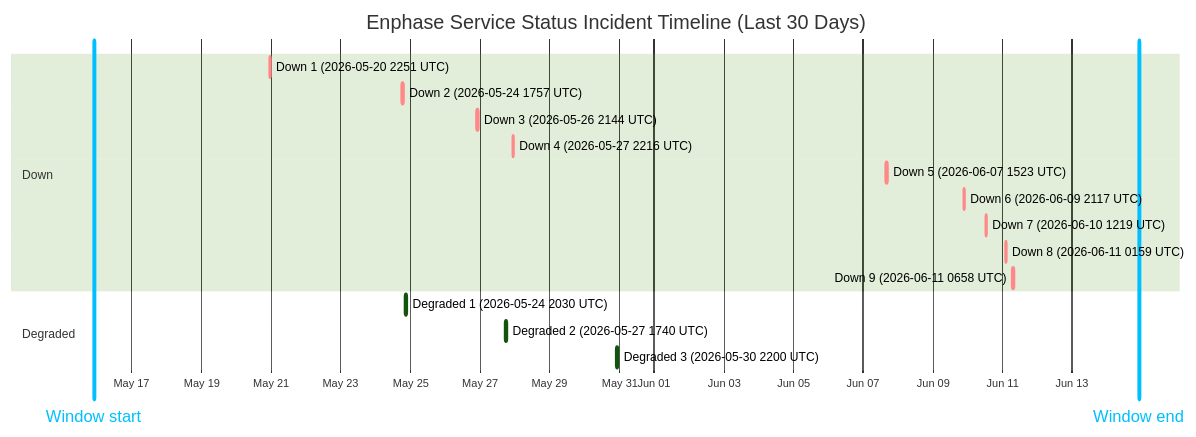
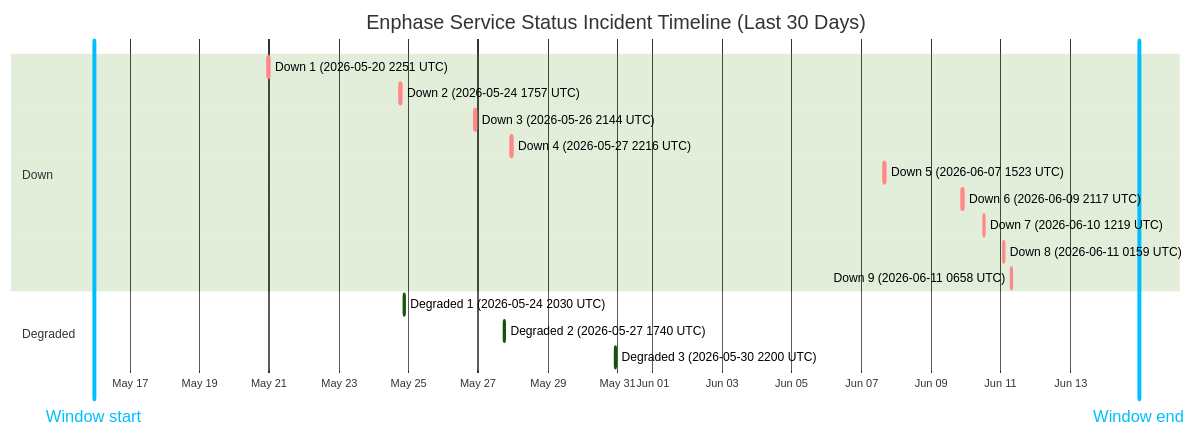
One commit to barneyonline/ha-enphase-energy changed the diagram in wiki/Service-Status-History.md. Above: the diagram before and after it, drawn with Mermaid (forest theme). The commit also changed other lines of this file and 3 other files, not shown here.

````diff
--- a/wiki/Service-Status-History.md
+++ b/wiki/Service-Status-History.md
@@ -14,22 +14,22 @@
 ```mermaid
 gantt
     title Enphase Service Status Incident Timeline (Last 30 Days)
     dateFormat  YYYY-MM-DDTHH:mm:ss
     axisFormat  %b %d
-    Window start :vert, window-start, 2026-05-15T21:51:17, 0ms
-    Window end :vert, window-end, 2026-06-14T21:51:17, 0ms
+    Window start :vert, window-start, 2026-05-15T23:08:35, 0ms
+    Window end :vert, window-end, 2026-06-14T23:08:35, 0ms
     section Down
     Down 1 (2026-05-20 2251 UTC) :crit, down-1, 2026-05-20T22:51:14, 75m
     Down 2 (2026-05-24 1757 UTC) :crit, down-2, 2026-05-24T17:57:41, 86m
     Down 3 (2026-05-26 2144 UTC) :crit, down-3, 2026-05-26T21:44:11, 85m
     Down 4 (2026-05-27 2216 UTC) :crit, down-4, 2026-05-27T22:16:53, 87m
     Down 5 (2026-06-07 1523 UTC) :crit, down-5, 2026-06-07T15:23:22, 87m
     Down 6 (2026-06-09 2117 UTC) :crit, down-6, 2026-06-09T21:17:17, 60m
     Down 7 (2026-06-10 1219 UTC) :crit, down-7, 2026-06-10T12:19:21, 60m
     Down 8 (2026-06-11 0159 UTC) :crit, down-8, 2026-06-11T01:59:36, 60m
     Down 9 (2026-06-11 0658 UTC) :crit, down-9, 2026-06-11T06:58:45, 60m
     section Degraded
     Degraded 1 (2026-05-24 2030 UTC) :active, degraded-1, 2026-05-24T20:30:57, 84m
     Degraded 2 (2026-05-27 1740 UTC) :active, degraded-2, 2026-05-27T17:40:52, 60m
     Degraded 3 (2026-05-30 2200 UTC) :active, degraded-3, 2026-05-30T22:00:37, 60m
 ```
````
